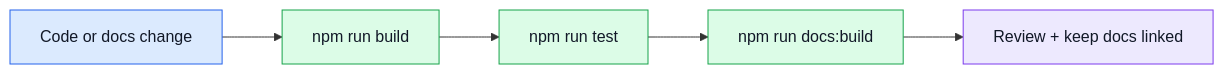
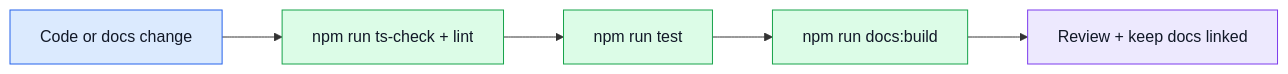
Before and after one commit to Guebbit/boilerplate-node-backend: the third of 3 diagrams in docs/tools/testing-and-docs.md, drawn with Mermaid. The commit also changed other lines of this file and 112 other files, not shown here.

````diff
--- a/docs/tools/testing-and-docs.md
+++ b/docs/tools/testing-and-docs.md
@@ -196,15 +196,15 @@
 ```mermaid
 %%{init: {'flowchart': {'nodeSpacing': 45, 'rankSpacing': 60}}}%%
 flowchart LR
-    Change[Code or docs change] --> Build[npm run build]
+    Change[Code or docs change] --> Build[npm run ts-check + lint]
     Build --> Test[npm run test]
     Test --> Docs[npm run docs:build]
     Docs --> Review[Review + keep docs linked]
 
     classDef work fill:#dbeafe,stroke:#2563eb,color:#111827;
     classDef checks fill:#dcfce7,stroke:#16a34a,color:#111827;
     classDef finish fill:#ede9fe,stroke:#7c3aed,color:#111827;
     class Change work;
     class Build,Test,Docs checks;
     class Review finish;
 ```
````
